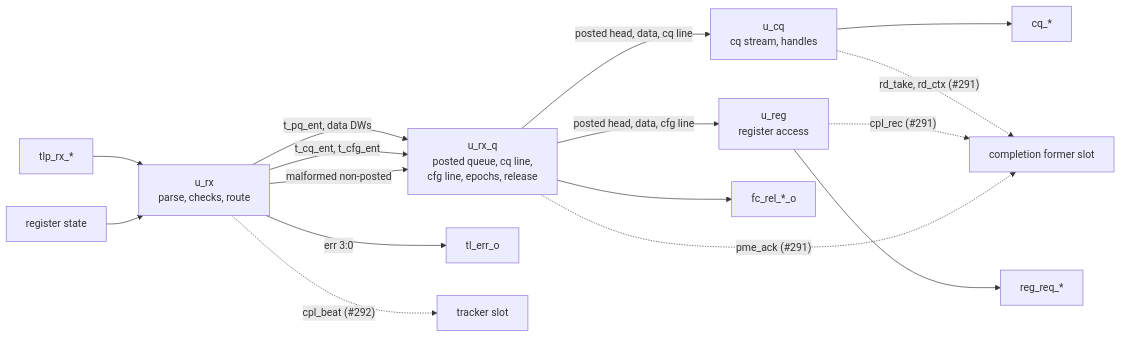
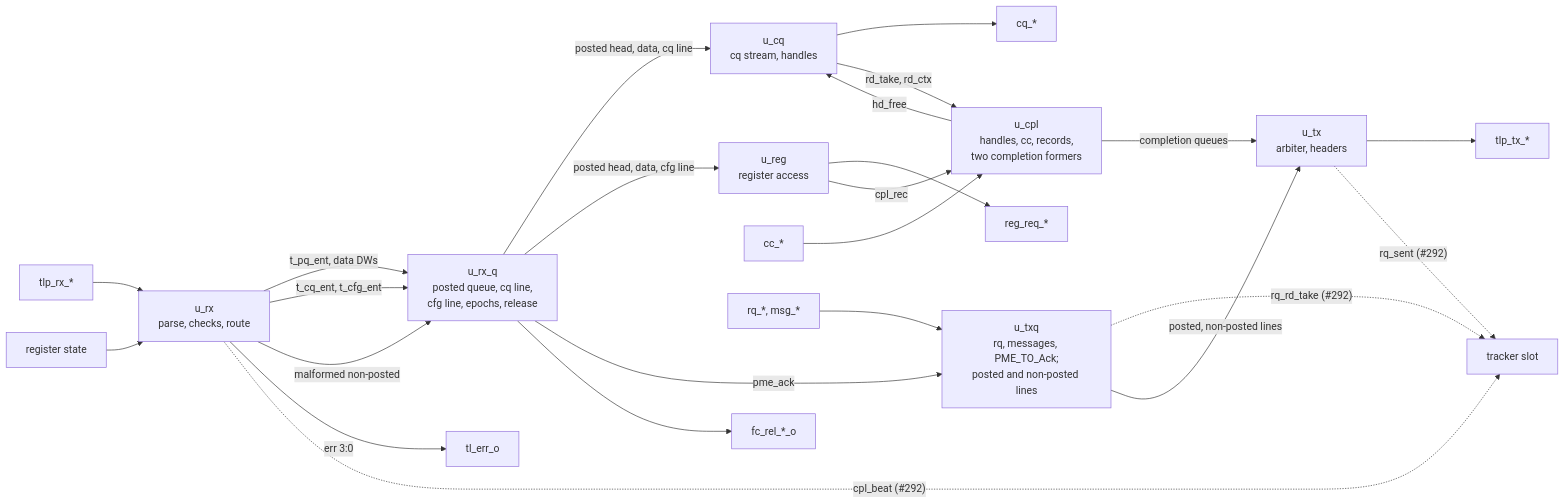
The diagram in wiki/src/rtl/tl/MAS.md (amichai-bd/pcie-factory), drawn with Mermaid before and after one commit. The commit also changed other lines of this file and 27 other files, not shown here.

````diff
--- a/wiki/src/rtl/tl/MAS.md
+++ b/wiki/src/rtl/tl/MAS.md
@@ -19,18 +19,26 @@
 ```mermaid
 flowchart LR
   rx_in["tlp_rx_*"] --> rx["u_rx<br/>parse, checks, route"]
   st["register state"] --> rx
   rx -- "t_pq_ent, data DWs" --> q["u_rx_q<br/>posted queue, cq line,<br/>cfg line, epochs, release"]
   rx -- "t_cq_ent, t_cfg_ent" --> q
   rx -- "malformed non-posted" --> q
   rx -- "err 3:0" --> err["tl_err_o"]
   rx -. "cpl_beat (#292)" .-> trk["tracker slot"]
   q -- "posted head, data, cq line" --> cq["u_cq<br/>cq stream, handles"]
   q -- "posted head, data, cfg line" --> reg["u_reg<br/>register access"]
   cq --> cq_out["cq_*"]
-  cq -. "rd_take, rd_ctx (#291)" .-> cpl["completion former slot"]
+  cq -- "rd_take, rd_ctx" --> cpl["u_cpl<br/>handles, cc, records,<br/>two completion formers"]
+  cpl -- "hd_free" --> cq
+  cc_in["cc_*"] --> cpl
   reg --> reg_out["reg_req_*"]
-  reg -. "cpl_rec (#291)" .-> cpl
-  q -. "pme_ack (#291)" .-> cpl
+  reg -- "cpl_rec" --> cpl
+  q -- "pme_ack" --> txq["u_txq<br/>rq, messages, PME_TO_Ack;<br/>posted and non-posted lines"]
+  rq_in["rq_*, msg_*"] --> txq
+  txq -. "rq_rd_take (#292)" .-> trk
+  cpl -- "completion queues" --> tx["u_tx<br/>arbiter, headers"]
+  txq -- "posted, non-posted lines" --> tx
+  tx --> tx_out["tlp_tx_*"]
+  tx -. "rq_sent (#292)" .-> trk
   q --> rel["fc_rel_*_o"]
 ```
````
